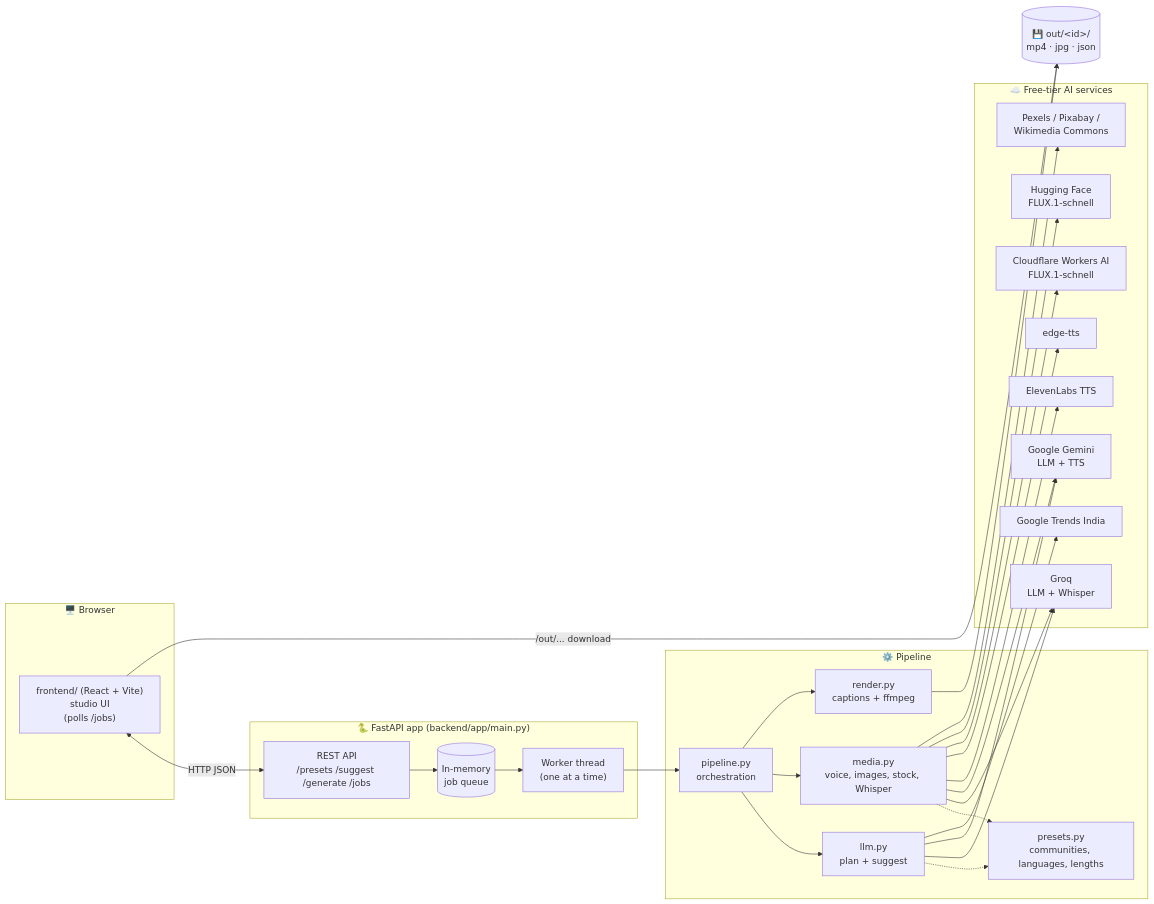
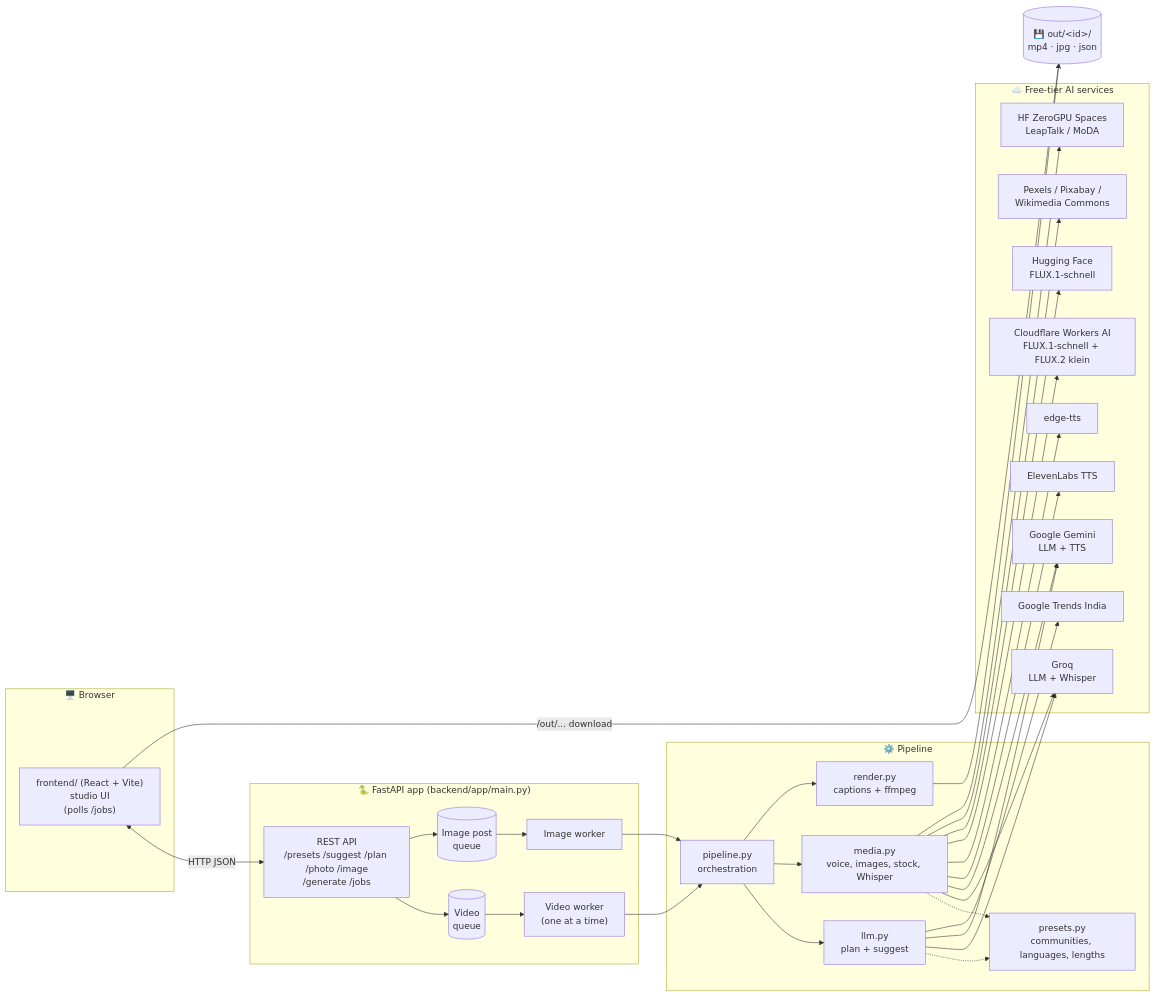
The third of 9 diagrams in README.md (darshit001/hackthn), drawn with Mermaid before and after one commit. The commit also changed other lines of this file, not shown here.

Commit message:
feat: enhance README with details on image posts, user photos, and deployment instructions

````diff
--- a/README.md
+++ b/README.md
@@ -171,44 +195,49 @@
 ```mermaid
 flowchart LR
     subgraph Browser["🖥️ Browser"]
         UI["frontend/ (React + Vite)<br/>studio UI<br/>(polls /jobs)"]
     end
 
     subgraph Server["🐍 FastAPI app (backend/app/main.py)"]
-        API["REST API<br/>/presets /suggest /generate /jobs"]
-        Q[("In-memory<br/>job queue")]
-        W["Worker thread<br/>(one at a time)"]
+        API["REST API<br/>/presets /suggest /plan /photo /image<br/>/generate /jobs"]
+        Q[("Video<br/>queue")]
+        IQ[("Image post<br/>queue")]
+        W["Video worker<br/>(one at a time)"]
+        IW["Image worker"]
         API --> Q --> W
+        API --> IQ --> IW
     end
 
     subgraph Core["⚙️ Pipeline"]
         PL["pipeline.py<br/>orchestration"]
         LLM["llm.py<br/>plan + suggest"]
         MED["media.py<br/>voice, images, stock, Whisper"]
         REN["render.py<br/>captions + ffmpeg"]
         PRE["presets.py<br/>communities, languages, lengths"]
         PL --> LLM & MED & REN
         LLM -.-> PRE
         MED -.-> PRE
     end
 
     subgraph Ext["☁️ Free-tier AI services"]
         GROQ["Groq<br/>LLM + Whisper"]
         GEM["Google Gemini<br/>LLM + TTS"]
         EL["ElevenLabs TTS"]
         EDGE["edge-tts"]
-        POL["Cloudflare Workers AI<br/>FLUX.1-schnell"]
+        POL["Cloudflare Workers AI<br/>FLUX.1-schnell + FLUX.2 klein"]
         HF["Hugging Face<br/>FLUX.1-schnell"]
+        ZG["HF ZeroGPU Spaces<br/>LeapTalk / MoDA"]
         STK["Pexels / Pixabay /<br/>Wikimedia Commons"]
         GT["Google Trends India"]
     end
 
     FS[("💾 out/&lt;id&gt;/<br/>mp4 · jpg · json")]
 
     UI <-->|HTTP JSON| API
     W --> PL
+    IW --> PL
     LLM --> GROQ & GEM & GT
-    MED --> GROQ & GEM & EL & EDGE & POL & HF & STK
+    MED --> GROQ & GEM & EL & EDGE & POL & HF & STK & ZG
     REN --> FS
     UI -->|/out/... download| FS
 ```
````
